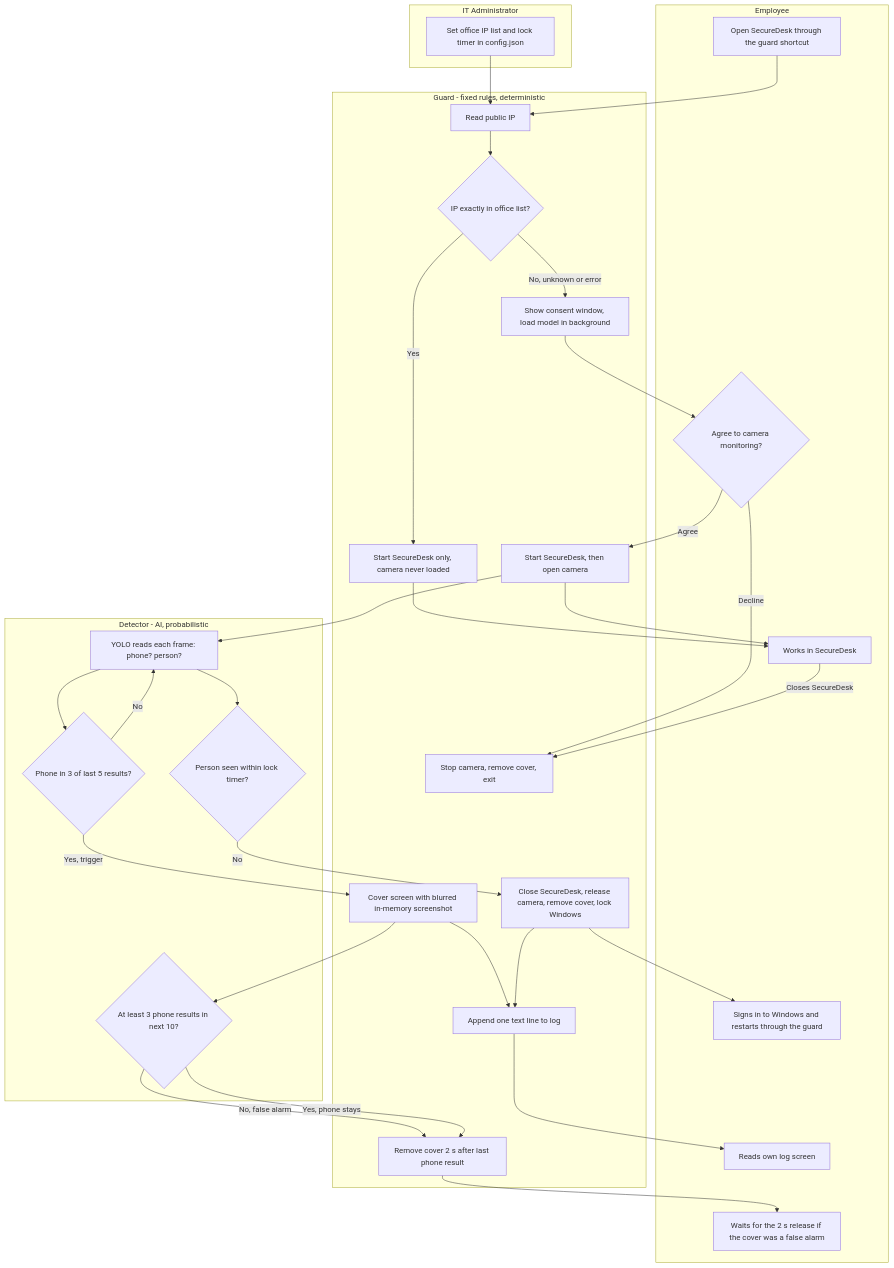
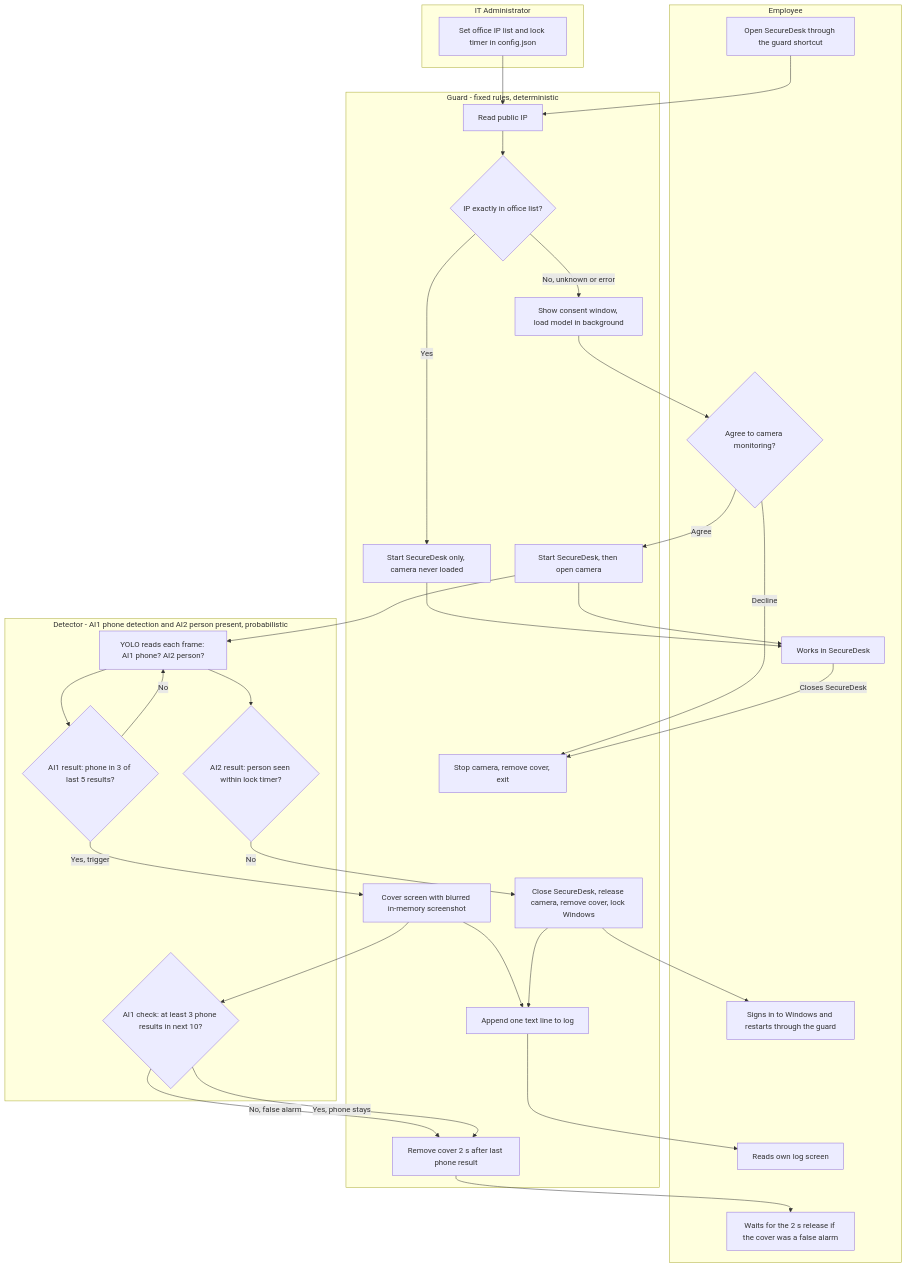
The first of 4 diagrams in 02_Workflow_and_Architecture.md (MAIP2026July/TEAM020), drawn with Mermaid before and after one commit. The commit also changed other lines of this file, not shown here.

````diff
--- a/02_Workflow_and_Architecture.md
+++ b/02_Workflow_and_Architecture.md
@@ -7,51 +7,51 @@
 ```mermaid
 flowchart TB
   subgraph IT[IT Administrator]
     A1[Set office IP list and lock timer in config.json]
   end
   subgraph EMP[Employee]
     B1[Open SecureDesk through the guard shortcut]
     B2{Agree to camera monitoring?}
     B3[Works in SecureDesk]
     B4[Waits for the 2 s release if the cover was a false alarm]
     B5[Reads own log screen]
     B6[Signs in to Windows and restarts through the guard]
   end
   subgraph GRD[Guard - fixed rules, deterministic]
     C1[Read public IP]
     C2{IP exactly in office list?}
     C3[Start SecureDesk only, camera never loaded]
     C4[Show consent window, load model in background]
     C5[Start SecureDesk, then open camera]
     C6[Cover screen with blurred in-memory screenshot]
     C7[Remove cover 2 s after last phone result]
     C8[Close SecureDesk, release camera, remove cover, lock Windows]
     C9[Append one text line to log]
     C10[Stop camera, remove cover, exit]
   end
-  subgraph DET[Detector - AI, probabilistic]
-    D1[YOLO reads each frame: phone? person?]
-    D2{Phone in 3 of last 5 results?}
-    D4{At least 3 phone results in next 10?}
-    D3{Person seen within lock timer?}
+  subgraph DET[Detector - AI1 phone detection and AI2 person present, probabilistic]
+    D1[YOLO reads each frame: AI1 phone? AI2 person?]
+    D2{AI1 result: phone in 3 of last 5 results?}
+    D4{AI1 check: at least 3 phone results in next 10?}
+    D3{AI2 result: person seen within lock timer?}
   end
   A1 --> C1
   B1 --> C1 --> C2
   C2 -- Yes --> C3 --> B3
   C2 -- No, unknown or error --> C4 --> B2
   B2 -- Decline --> C10
   B2 -- Agree --> C5 --> B3
   C5 --> D1
   D1 --> D2
   D1 --> D3
   D2 -- Yes, trigger --> C6 --> C9
   D2 -- No --> D1
   C6 --> D4
   D4 -- No, false alarm --> C7
   D4 -- Yes, phone stays --> C7
   C7 --> B4
   D3 -- No --> C8 --> C9
   B3 -- Closes SecureDesk --> C10
   C8 --> B6
   C9 --> B5
 ```
````
